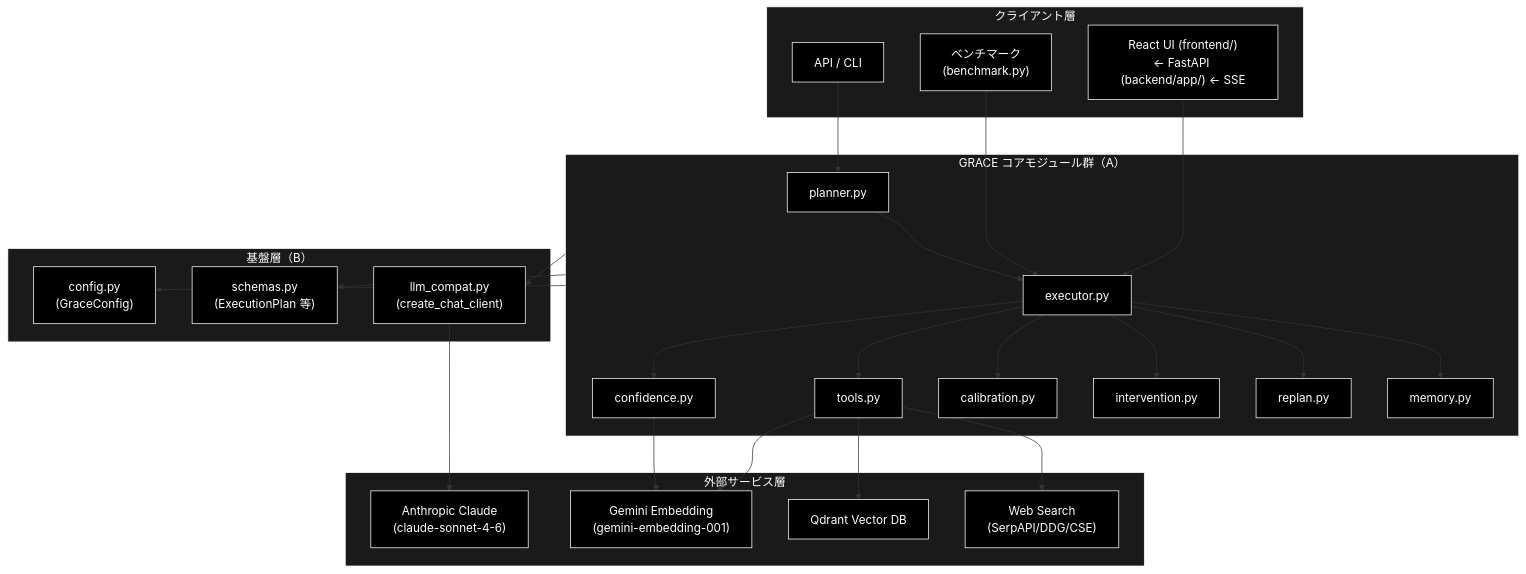
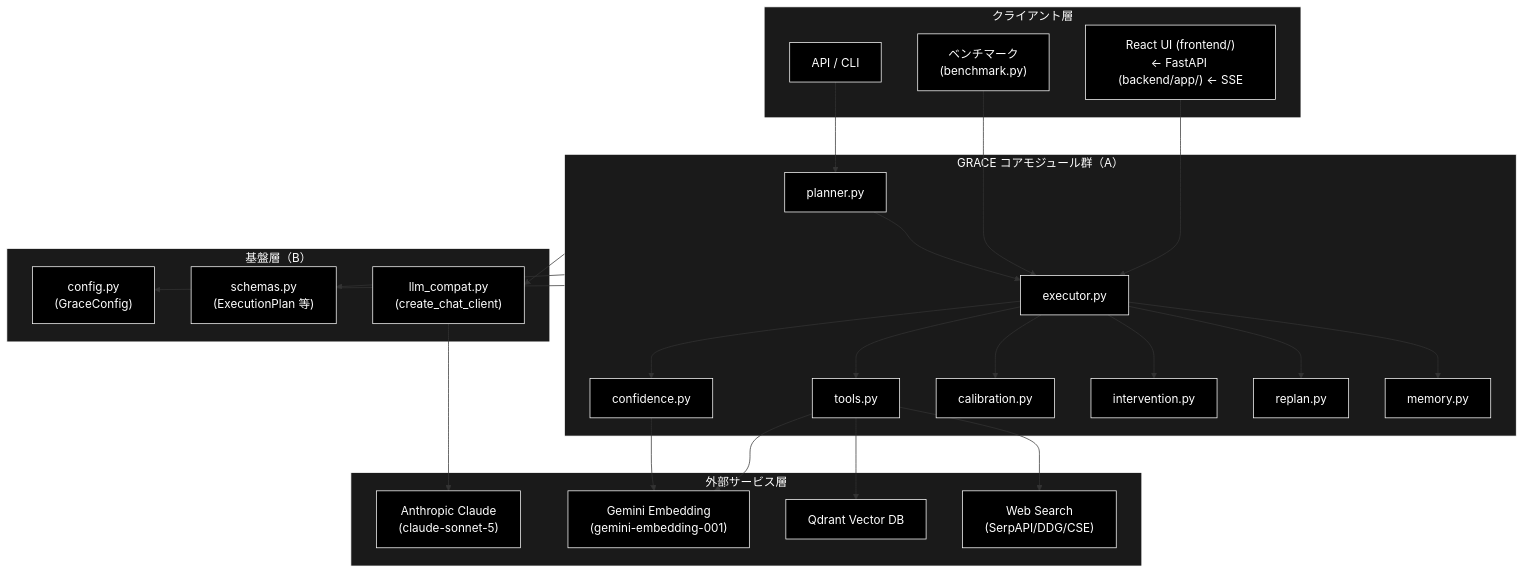
One commit to nakashima2toshio/grace_v2 changed the second of 7 diagrams in grace/docs/grace_core.md. Above: the diagram before and after it, drawn with Mermaid. The commit also changed other lines of this file and 15 other files, not shown here.

````diff
--- a/grace/docs/grace_core.md
+++ b/grace/docs/grace_core.md
@@ -150,60 +150,60 @@
 ```mermaid
 flowchart TB
     subgraph CLIENT["クライアント層"]
         UI["React UI (frontend/)<br>← FastAPI (backend/app/) ← SSE"]
         BENCH["ベンチマーク<br>(benchmark.py)"]
         API["API / CLI"]
     end
 
     subgraph CORE["GRACE コアモジュール群（A）"]
         PLANNER["planner.py"]
         EXECUTOR["executor.py"]
         TOOLS["tools.py"]
         CONFIDENCE["confidence.py"]
         CALIBRATION["calibration.py"]
         INTERVENTION["intervention.py"]
         REPLAN["replan.py"]
         MEMORY["memory.py"]
     end
 
     subgraph FOUND["基盤層（B）"]
         CONFIG["config.py<br>(GraceConfig)"]
         SCHEMAS["schemas.py<br>(ExecutionPlan 等)"]
         LLMCOMPAT["llm_compat.py<br>(create_chat_client)"]
     end
 
     subgraph EXTERNAL["外部サービス層"]
-        ANTHROPIC["Anthropic Claude<br>(claude-sonnet-4-6)"]
+        ANTHROPIC["Anthropic Claude<br>(claude-sonnet-5)"]
         GEMINI["Gemini Embedding<br>(gemini-embedding-001)"]
         QDRANT["Qdrant Vector DB"]
         WEB["Web Search<br>(SerpAPI/DDG/CSE)"]
     end
 
     UI --> EXECUTOR
     BENCH --> EXECUTOR
     API --> PLANNER
     PLANNER --> EXECUTOR
     EXECUTOR --> TOOLS
     EXECUTOR --> CONFIDENCE
     EXECUTOR --> CALIBRATION
     EXECUTOR --> INTERVENTION
     EXECUTOR --> REPLAN
     EXECUTOR --> MEMORY
 
     CORE --> CONFIG
     CORE --> SCHEMAS
     CORE --> LLMCOMPAT
 
     LLMCOMPAT --> ANTHROPIC
     TOOLS --> GEMINI
     CONFIDENCE --> GEMINI
     TOOLS --> QDRANT
     TOOLS --> WEB
 classDef default fill:#000,stroke:#fff,color:#fff
 classDef subgraphStyle fill:#1a1a1a,stroke:#fff,color:#fff
 class UI,BENCH,API,PLANNER,EXECUTOR,TOOLS,CONFIDENCE,CALIBRATION,INTERVENTION,REPLAN,MEMORY,CONFIG,SCHEMAS,LLMCOMPAT,ANTHROPIC,GEMINI,QDRANT,WEB default
 style CLIENT fill:#1a1a1a,stroke:#fff,color:#fff
 style CORE fill:#1a1a1a,stroke:#fff,color:#fff
 style FOUND fill:#1a1a1a,stroke:#fff,color:#fff
 style EXTERNAL fill:#1a1a1a,stroke:#fff,color:#fff
 ```
````
